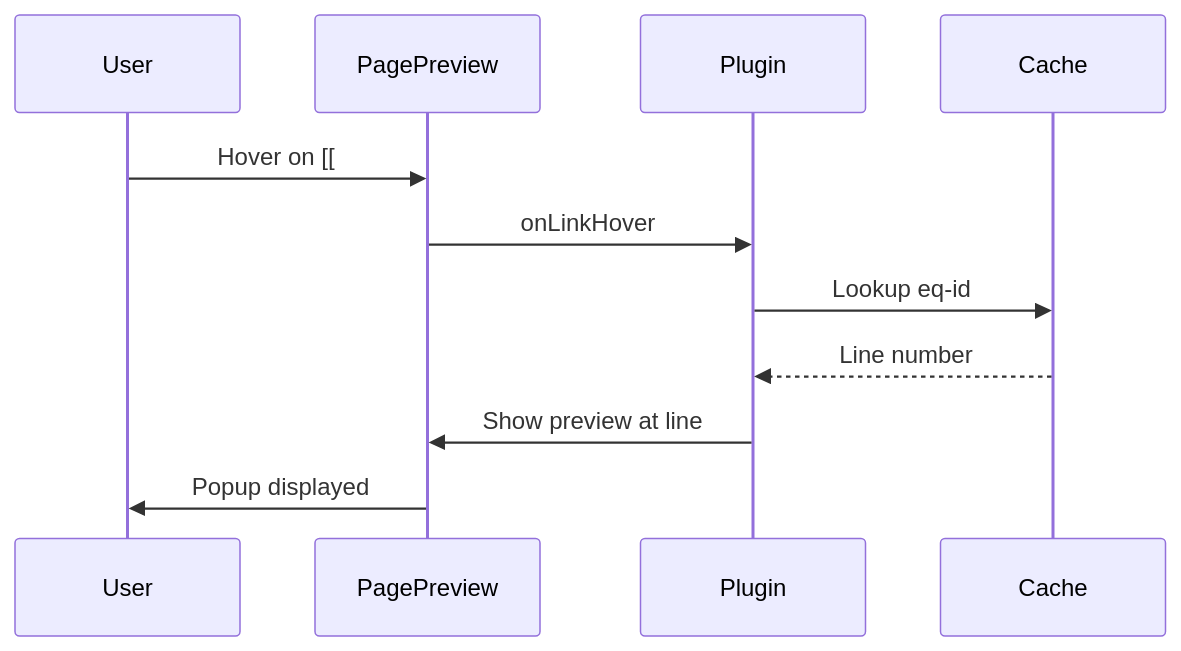
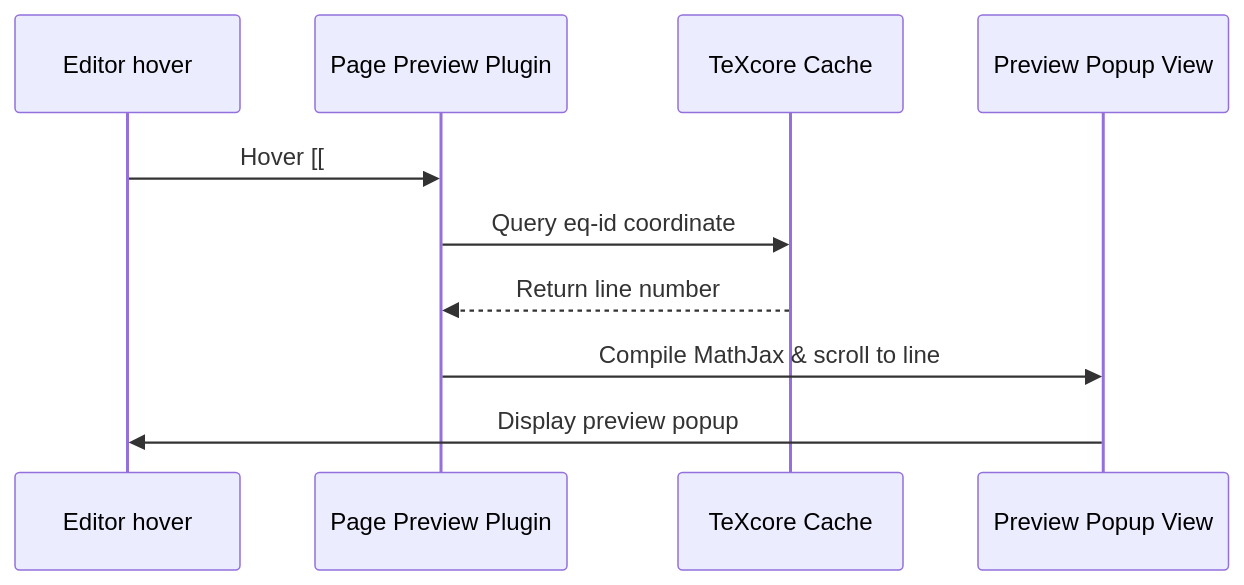
One commit to YouFoundJK/TeXcore changed the diagram in docs/features/quick-preview.md. Above: the diagram before and after it, drawn with Mermaid. The commit also changed other lines of this file and 41 other files, not shown here.

````diff
--- a/docs/features/quick-preview.md
+++ b/docs/features/quick-preview.md
@@ -22,14 +11,13 @@
 ```mermaid
 sequenceDiagram
-    participant User
-    participant PagePreview
-    participant Plugin
-    participant Cache
+    participant User as Editor hover
+    participant PP as Page Preview Plugin
+    participant C as TeXcore Cache
+    participant V as Preview Popup View
     
-    User->>PagePreview: Hover on [[#^eq-id]]
-    PagePreview->>Plugin: onLinkHover
-    Plugin->>Cache: Lookup eq-id
-    Cache-->>Plugin: Line number
-    Plugin->>PagePreview: Show preview at line
-    PagePreview->>User: Popup displayed
+    User->>PP: Hover [[#^eq-id]]
+    PP->>C: Query eq-id coordinate
+    C-->>PP: Return line number
+    PP->>V: Compile MathJax & scroll to line
+    V->>User: Display preview popup
 ```
````
